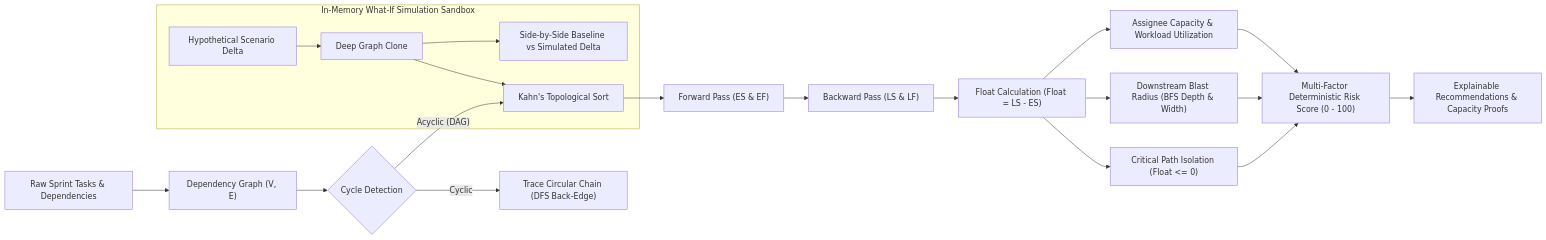
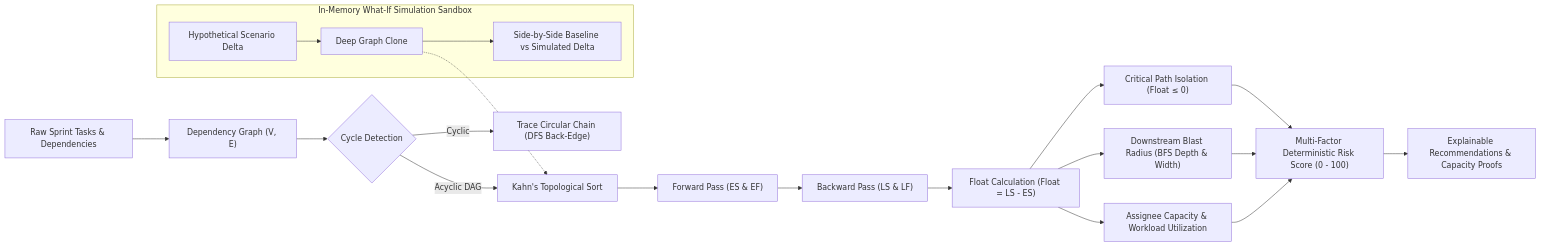
One commit to dakshgupta-26/SprintForge changed the first of 2 diagrams in README.md. Above: the diagram before and after it, drawn with Mermaid. The commit also changed other lines of this file and 2 other files, not shown here.

First line of the commit message:
docs: redesign system architecture diagram and specifications in README

````diff
--- a/README.md
+++ b/README.md
@@ -91,24 +138,26 @@
 ```mermaid
 flowchart LR
     A["Raw Sprint Tasks & Dependencies"] --> B["Dependency Graph (V, E)"]
     B --> C{"Cycle Detection"}
-    C -- "Cyclic" --> D["Trace Circular Chain (DFS Back-Edge)"]
-    C -- "Acyclic (DAG)" --> E["Kahn's Topological Sort"]
+    C -->|Cyclic| D["Trace Circular Chain (DFS Back-Edge)"]
+    C -->|Acyclic DAG| E["Kahn's Topological Sort"]
     
     E --> F["Forward Pass (ES & EF)"]
     F --> G["Backward Pass (LS & LF)"]
     G --> H["Float Calculation (Float = LS - ES)"]
     
-    H --> I["Critical Path Isolation (Float <= 0)"]
+    H --> I["Critical Path Isolation (Float &le; 0)"]
     H --> J["Downstream Blast Radius (BFS Depth & Width)"]
     H --> K["Assignee Capacity & Workload Utilization"]
     
-    I & J & K --> L["Multi-Factor Deterministic Risk Score (0 - 100)"]
+    I --> L["Multi-Factor Deterministic Risk Score (0 - 100)"]
+    J --> L
+    K --> L
     L --> M["Explainable Recommendations & Capacity Proofs"]
     
     subgraph Simulation_Sandbox ["In-Memory What-If Simulation Sandbox"]
         N["Hypothetical Scenario Delta"] --> O["Deep Graph Clone"]
-        O --> E
         O --> P["Side-by-Side Baseline vs Simulated Delta"]
     end
+    O -.-> E
 ```
````
